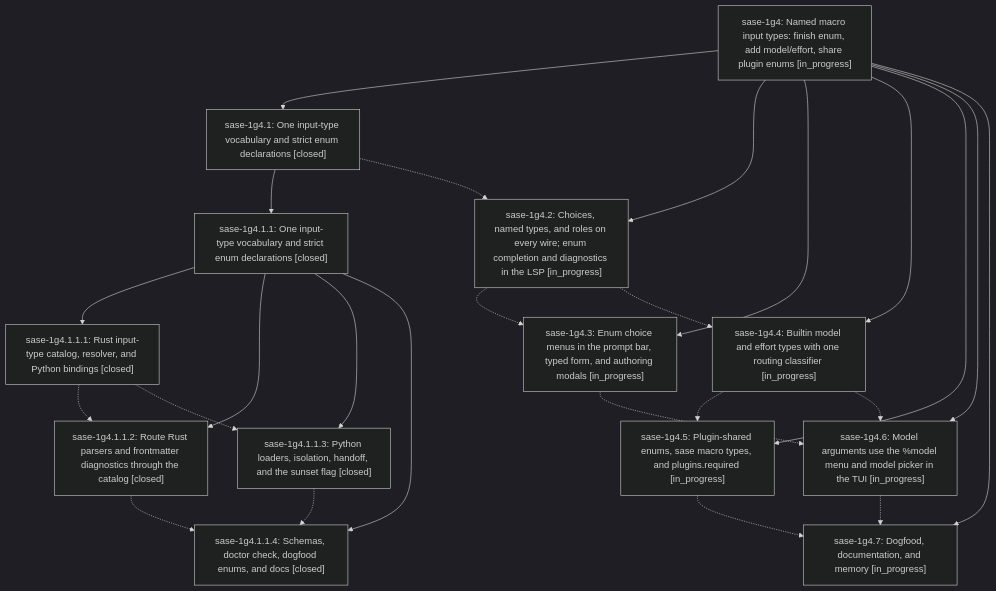
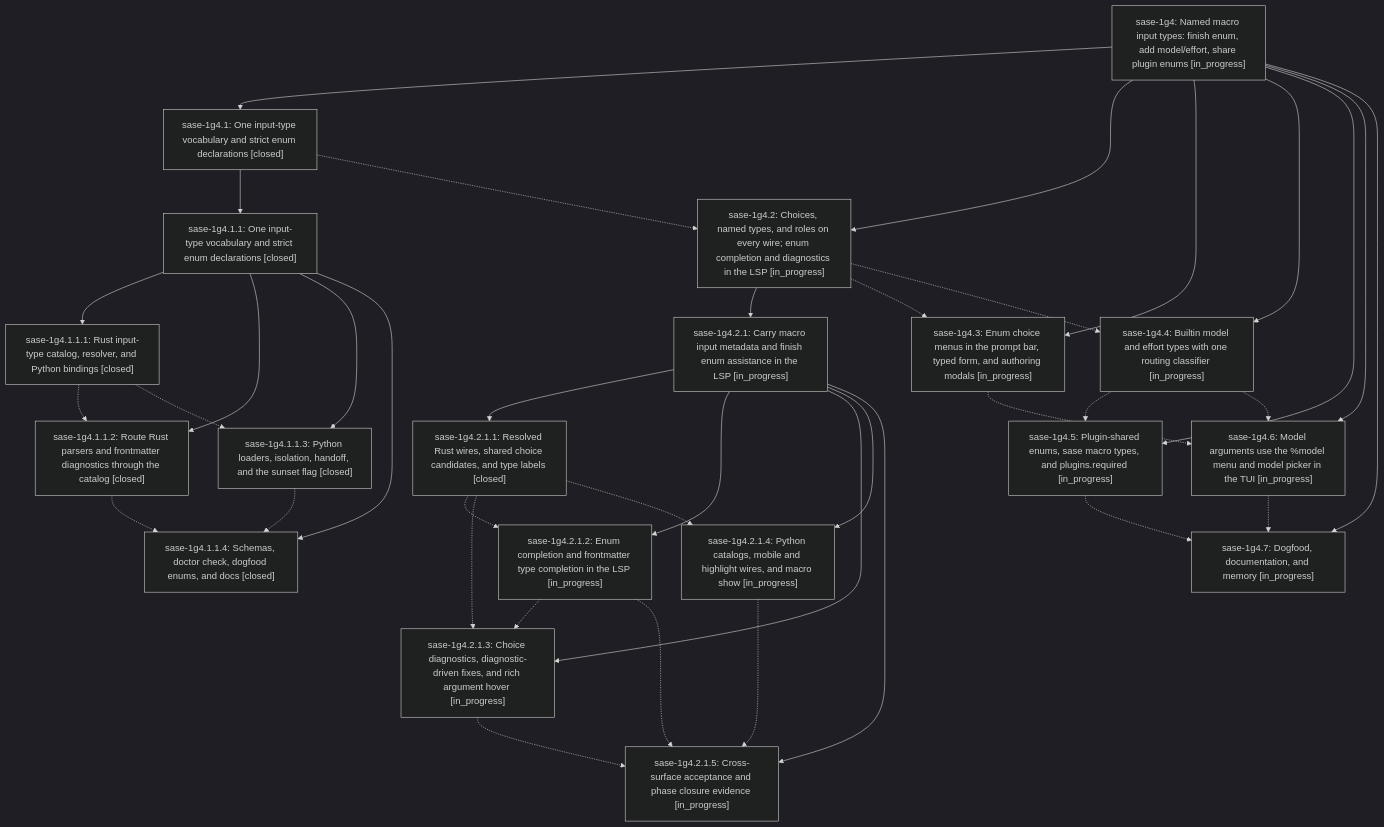
The diagram in pages/sase-1g4/README.md (sase-org/sase--beads), drawn with Mermaid (dark theme) before and after one commit. The commit also changed other lines of this file and 7 other files, not shown here.

````diff
--- a/pages/sase-1g4/README.md
+++ b/pages/sase-1g4/README.md
@@ -40,40 +40,59 @@
 ```mermaid
 flowchart TD
     n0["sase-1g4: Named macro input types: finish enum, add model/effort, share plugin enums [in_progress]"]
     n1["sase-1g4.1: One input-type vocabulary and strict enum declarations [closed]"]
     n2["sase-1g4.1.1: One input-type vocabulary and strict enum declarations [closed]"]
     n3["sase-1g4.1.1.1: Rust input-type catalog, resolver, and Python bindings [closed]"]
     n4["sase-1g4.1.1.2: Route Rust parsers and frontmatter diagnostics through the catalog [closed]"]
     n5["sase-1g4.1.1.3: Python loaders, isolation, handoff, and the sunset flag [closed]"]
     n6["sase-1g4.1.1.4: Schemas, doctor check, dogfood enums, and docs [closed]"]
     n7["sase-1g4.2: Choices, named types, and roles on every wire; enum completion and diagnostics in the LSP [in_progress]"]
-    n8["sase-1g4.3: Enum choice menus in the prompt bar, typed form, and authoring modals [in_progress]"]
-    n9["sase-1g4.4: Builtin model and effort types with one routing classifier [in_progress]"]
-    n10["sase-1g4.5: Plugin-shared enums, sase macro types, and plugins.required [in_progress]"]
-    n11["sase-1g4.6: Model arguments use the %model menu and model picker in the TUI [in_progress]"]
-    n12["sase-1g4.7: Dogfood, documentation, and memory [in_progress]"]
+    n8["sase-1g4.2.1: Carry macro input metadata and finish enum assistance in the LSP [in_progress]"]
+    n9["sase-1g4.2.1.1: Resolved Rust wires, shared choice candidates, and type labels [closed]"]
+    n10["sase-1g4.2.1.2: Enum completion and frontmatter type completion in the LSP [in_progress]"]
+    n11["sase-1g4.2.1.3: Choice diagnostics, diagnostic-driven fixes, and rich argument hover [in_progress]"]
+    n12["sase-1g4.2.1.4: Python catalogs, mobile and highlight wires, and macro show [in_progress]"]
+    n13["sase-1g4.2.1.5: Cross-surface acceptance and phase closure evidence [in_progress]"]
+    n14["sase-1g4.3: Enum choice menus in the prompt bar, typed form, and authoring modals [in_progress]"]
+    n15["sase-1g4.4: Builtin model and effort types with one routing classifier [in_progress]"]
+    n16["sase-1g4.5: Plugin-shared enums, sase macro types, and plugins.required [in_progress]"]
+    n17["sase-1g4.6: Model arguments use the %model menu and model picker in the TUI [in_progress]"]
+    n18["sase-1g4.7: Dogfood, documentation, and memory [in_progress]"]
     n0 --> n1
     n1 --> n2
     n2 --> n3
     n2 --> n4
     n2 --> n5
     n2 --> n6
     n0 --> n7
-    n0 --> n8
-    n0 --> n9
-    n0 --> n10
-    n0 --> n11
-    n0 --> n12
+    n7 --> n8
+    n8 --> n9
+    n8 --> n10
+    n8 --> n11
+    n8 --> n12
+    n8 --> n13
+    n0 --> n14
+    n0 --> n15
+    n0 --> n16
+    n0 --> n17
+    n0 --> n18
     n1 -.-> n7
     n3 -.-> n4
     n3 -.-> n5
     n4 -.-> n6
     n5 -.-> n6
-    n7 -.-> n8
-    n7 -.-> n9
-    n8 -.-> n11
+    n7 -.-> n14
+    n7 -.-> n15
     n9 -.-> n10
     n9 -.-> n11
-    n10 -.-> n12
-    n11 -.-> n12
+    n9 -.-> n12
+    n10 -.-> n11
+    n10 -.-> n13
+    n11 -.-> n13
+    n12 -.-> n13
+    n14 -.-> n17
+    n15 -.-> n16
+    n15 -.-> n17
+    n16 -.-> n18
+    n17 -.-> n18
 ```
````
